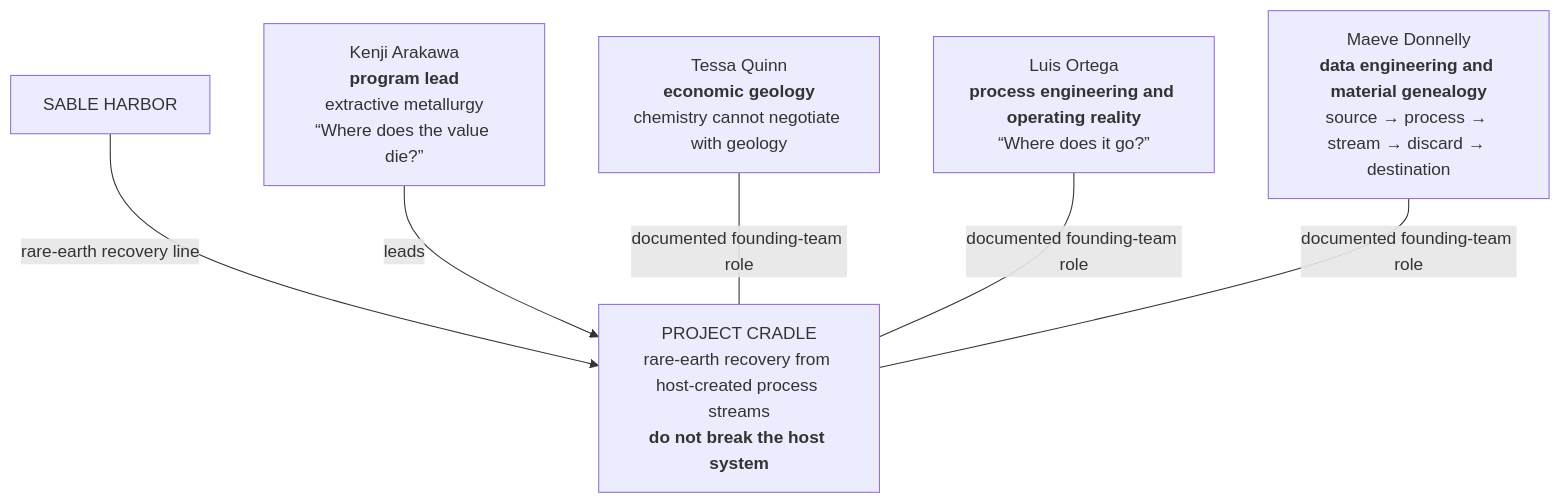
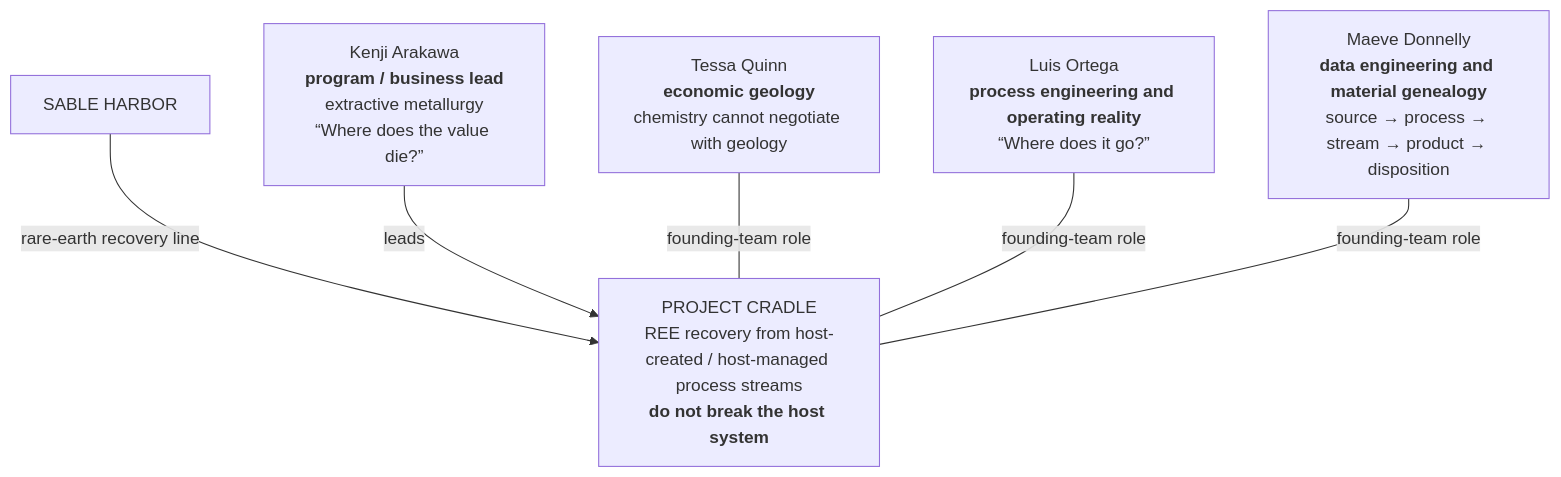
Before and after one commit to SquirmyWormy275/SABLEHARBOR: the first of 2 diagrams in docs/organization/PROJECT_CRADLE.md, drawn with Mermaid. The commit also changed other lines of this file and 3 other files, not shown here.

Commit message:
Close Project Cradle canon

````diff
--- a/docs/organization/PROJECT_CRADLE.md
+++ b/docs/organization/PROJECT_CRADLE.md
@@ -11,16 +11,16 @@
 ```mermaid
 flowchart TB
     SH["SABLE HARBOR"]
-    CRADLE["PROJECT CRADLE<br/>rare-earth recovery from host-created process streams<br/><b>do not break the host system</b>"]
+    CRADLE["PROJECT CRADLE<br/>REE recovery from host-created / host-managed process streams<br/><b>do not break the host system</b>"]
 
-    KENJI["Kenji Arakawa<br/><b>program lead</b><br/>extractive metallurgy<br/>“Where does the value die?”"]
+    KENJI["Kenji Arakawa<br/><b>program / business lead</b><br/>extractive metallurgy<br/>“Where does the value die?”"]
     TESSA["Tessa Quinn<br/><b>economic geology</b><br/>chemistry cannot negotiate with geology"]
     LUIS["Luis Ortega<br/><b>process engineering and operating reality</b><br/>“Where does it go?”"]
-    MAEVE["Maeve Donnelly<br/><b>data engineering and material genealogy</b><br/>source → process → stream → discard → destination"]
+    MAEVE["Maeve Donnelly<br/><b>data engineering and material genealogy</b><br/>source → process → stream → product → disposition"]
 
     SH -->|rare-earth recovery line| CRADLE
     KENJI -->|leads| CRADLE
-    TESSA ---|documented founding-team role| CRADLE
-    LUIS ---|documented founding-team role| CRADLE
-    MAEVE ---|documented founding-team role| CRADLE
+    TESSA ---|founding-team role| CRADLE
+    LUIS ---|founding-team role| CRADLE
+    MAEVE ---|founding-team role| CRADLE
 ```
````
